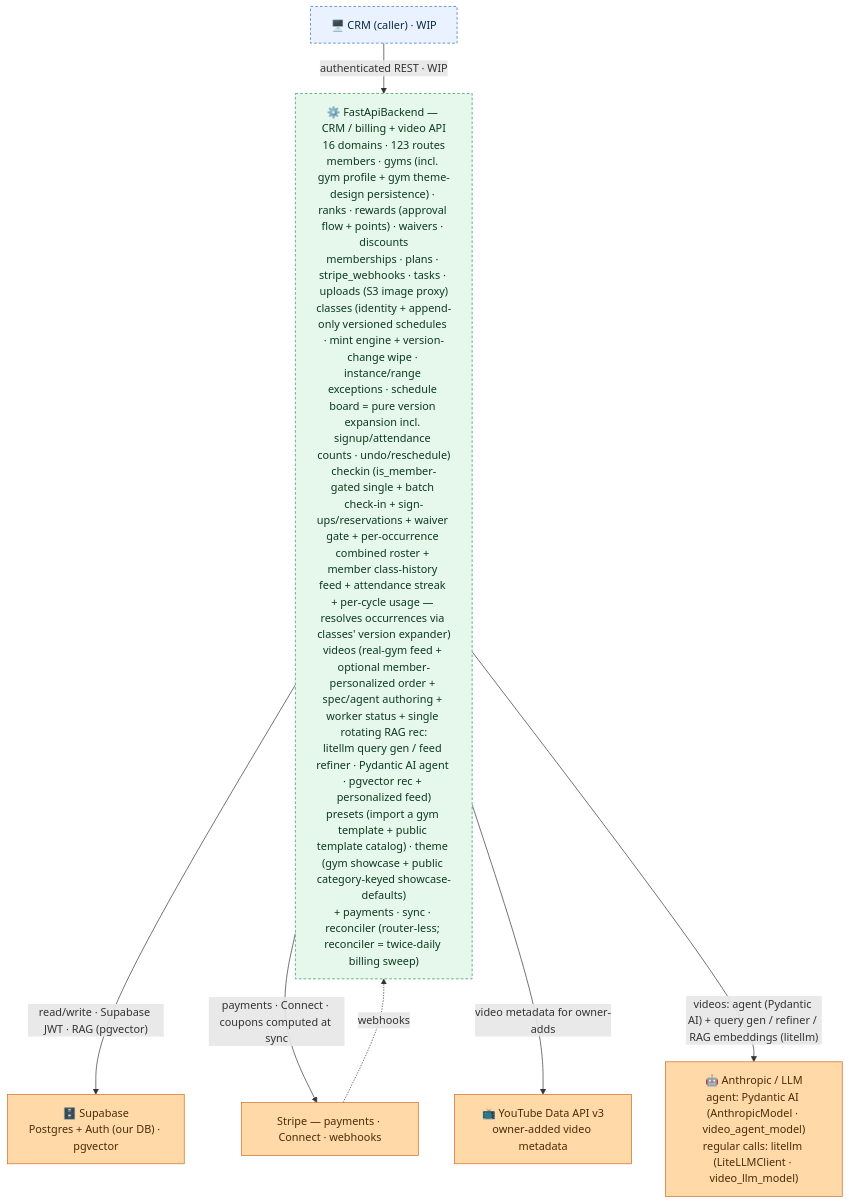
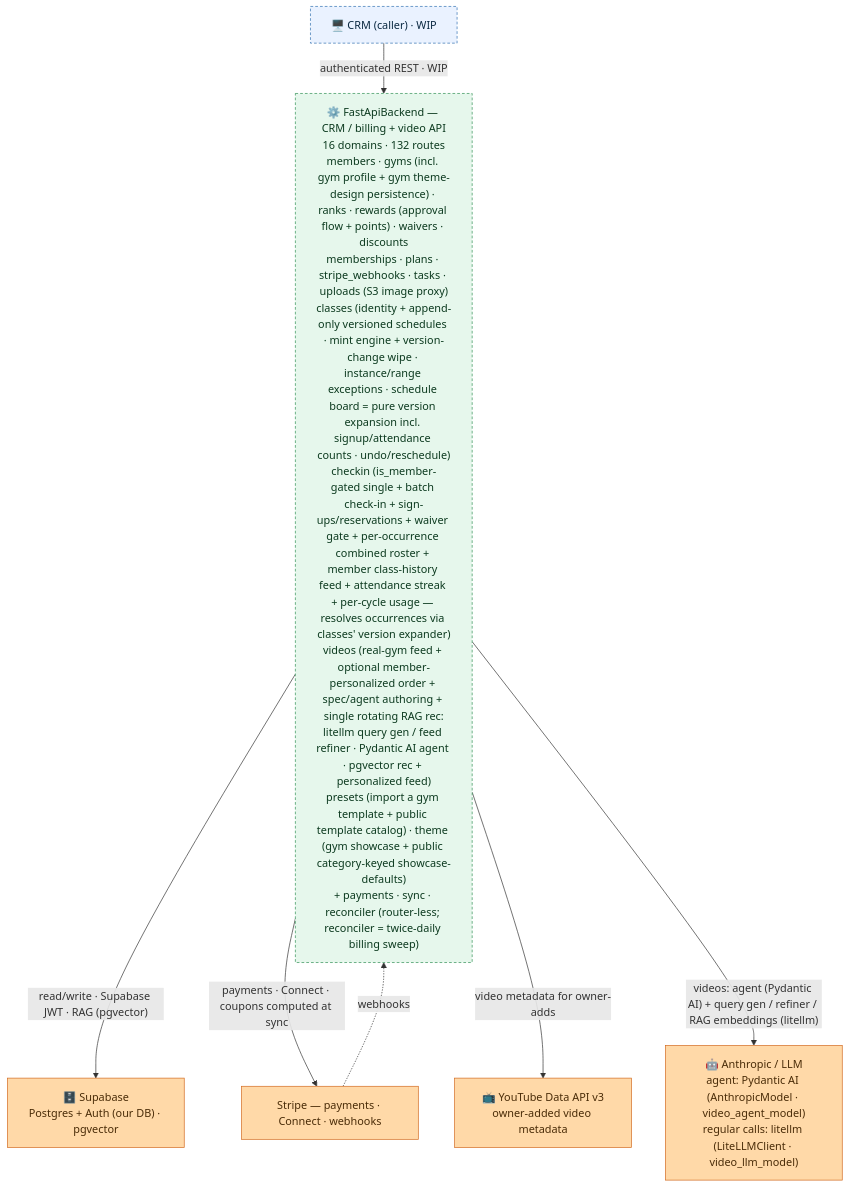
One commit to jesse51002/CombatDen changed the diagram in FastApiBackend/README.md. Above: the diagram before and after it, drawn with Mermaid. The commit also changed other lines of this file and 24 other files, not shown here.

First line of the commit message:
FastApiBackend: rec = pure-cosine feed wrapper; cut worker-status endpoint

````diff
--- a/FastApiBackend/README.md
+++ b/FastApiBackend/README.md
@@ -16,23 +16,23 @@
 ```mermaid
 flowchart TB
   CRM["🖥️ CRM (caller) · WIP"]
-  FB["⚙️ FastApiBackend — CRM / billing + video API<br/>16 domains · 123 routes<br/>members · gyms (incl. gym profile + gym theme-design persistence) · ranks · rewards (approval flow + points) · waivers · discounts<br/>memberships · plans · stripe_webhooks · tasks · uploads (S3 image proxy)<br/>classes (identity + append-only versioned schedules · mint engine + version-change wipe · instance/range exceptions · schedule board = pure version expansion incl. signup/attendance counts · undo/reschedule)<br/>checkin (is_member-gated single + batch check-in + sign-ups/reservations + waiver gate + per-occurrence combined roster + member class-history feed + attendance streak + per-cycle usage — resolves occurrences via classes' version expander)<br/>videos (real-gym feed + optional member-personalized order + spec/agent authoring + worker status + single rotating RAG rec:<br/>litellm query gen / feed refiner · Pydantic AI agent · pgvector rec + personalized feed)<br/>presets (import a gym template + public template catalog) · theme (gym showcase + public category-keyed showcase-defaults)<br/>+ payments · sync · reconciler (router-less; reconciler = twice-daily billing sweep)"]
+  FB["⚙️ FastApiBackend — CRM / billing + video API<br/>16 domains · 132 routes<br/>members · gyms (incl. gym profile + gym theme-design persistence) · ranks · rewards (approval flow + points) · waivers · discounts<br/>memberships · plans · stripe_webhooks · tasks · uploads (S3 image proxy)<br/>classes (identity + append-only versioned schedules · mint engine + version-change wipe · instance/range exceptions · schedule board = pure version expansion incl. signup/attendance counts · undo/reschedule)<br/>checkin (is_member-gated single + batch check-in + sign-ups/reservations + waiver gate + per-occurrence combined roster + member class-history feed + attendance streak + per-cycle usage — resolves occurrences via classes' version expander)<br/>videos (real-gym feed + optional member-personalized order + spec/agent authoring + single rotating RAG rec:<br/>litellm query gen / feed refiner · Pydantic AI agent · pgvector rec + personalized feed)<br/>presets (import a gym template + public template catalog) · theme (gym showcase + public category-keyed showcase-defaults)<br/>+ payments · sync · reconciler (router-less; reconciler = twice-daily billing sweep)"]
   Supabase["🗄️ Supabase<br/>Postgres + Auth (our DB) · pgvector"]
   Stripe["Stripe — payments · Connect · webhooks"]
   YouTube["📺 YouTube Data API v3<br/>owner-added video metadata"]
   LLMProvider["🤖 Anthropic / LLM<br/>agent: Pydantic AI (AnthropicModel · video_agent_model)<br/>regular calls: litellm (LiteLLMClient · video_llm_model)"]
   CRM -->|"authenticated REST · WIP"| FB
   FB -->|"read/write · Supabase JWT · RAG (pgvector)"| Supabase
   FB -->|"payments · Connect · coupons computed at sync"| Stripe
   Stripe -.->|"webhooks"| FB
   FB -->|"video metadata for owner-adds"| YouTube
   FB -->|"videos: agent (Pydantic AI) + query gen / refiner / RAG embeddings (litellm)"| LLMProvider
   classDef client fill:#eaf2ff,stroke:#2f6fb0,color:#0b2942;
   classDef svc fill:#e6f7ec,stroke:#2f8f53,color:#0c3a1f;
   classDef ext fill:#ffd9a8,stroke:#d2691e,color:#4a2c08;
   class CRM client;
   class FB svc;
   class Supabase,Stripe,YouTube,LLMProvider ext;
   style CRM stroke-dasharray:4 3;
   style FB stroke-dasharray:4 3;
 ```
````
